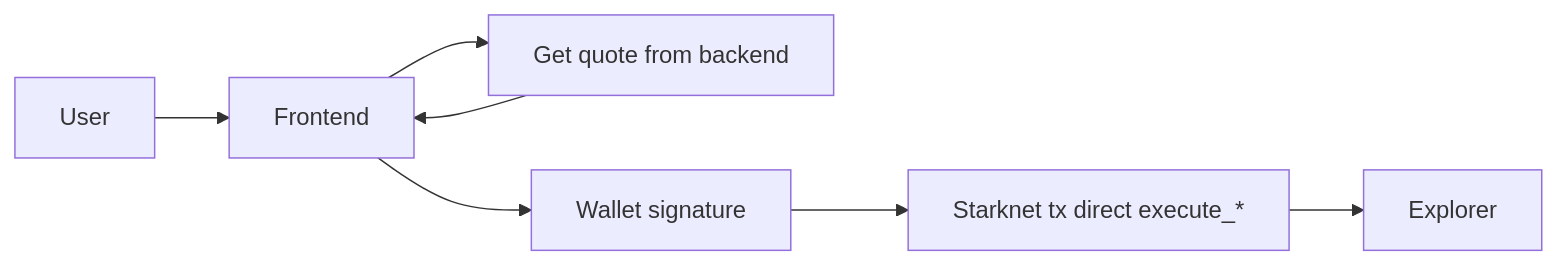
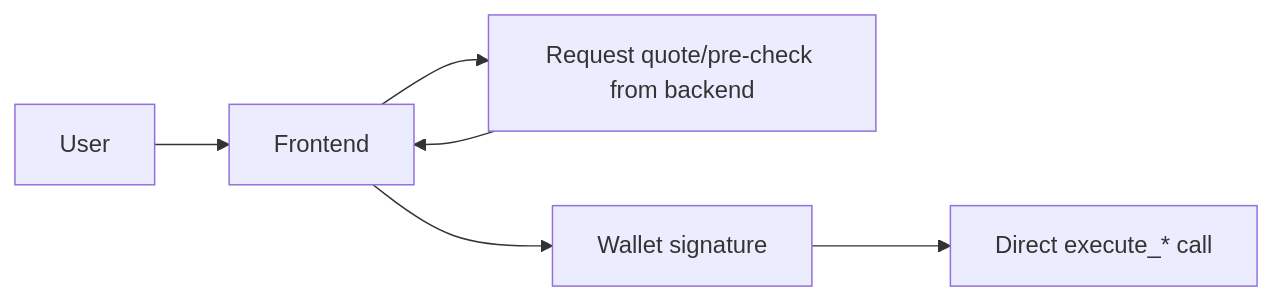
One commit to ntfound-dev/zkcarel_protocol changed the second of 3 diagrams in frontend/README.md. Above: the diagram before and after it, drawn with Mermaid. The commit also changed other lines of this file and 25 other files, not shown here.

````diff
--- a/frontend/README.md
+++ b/frontend/README.md
@@ -126,9 +66,8 @@
 ```mermaid
 flowchart LR
   U[User] --> FE[Frontend]
-  FE --> Q[Get quote from backend]
+  FE --> Q[Request quote/pre-check from backend]
   Q --> FE
   FE --> W[Wallet signature]
-  W --> CHAIN[Starknet tx direct execute_*]
-  CHAIN --> EXP[Explorer]
+  W --> CHAIN[Direct execute_* call]
 ```
````
